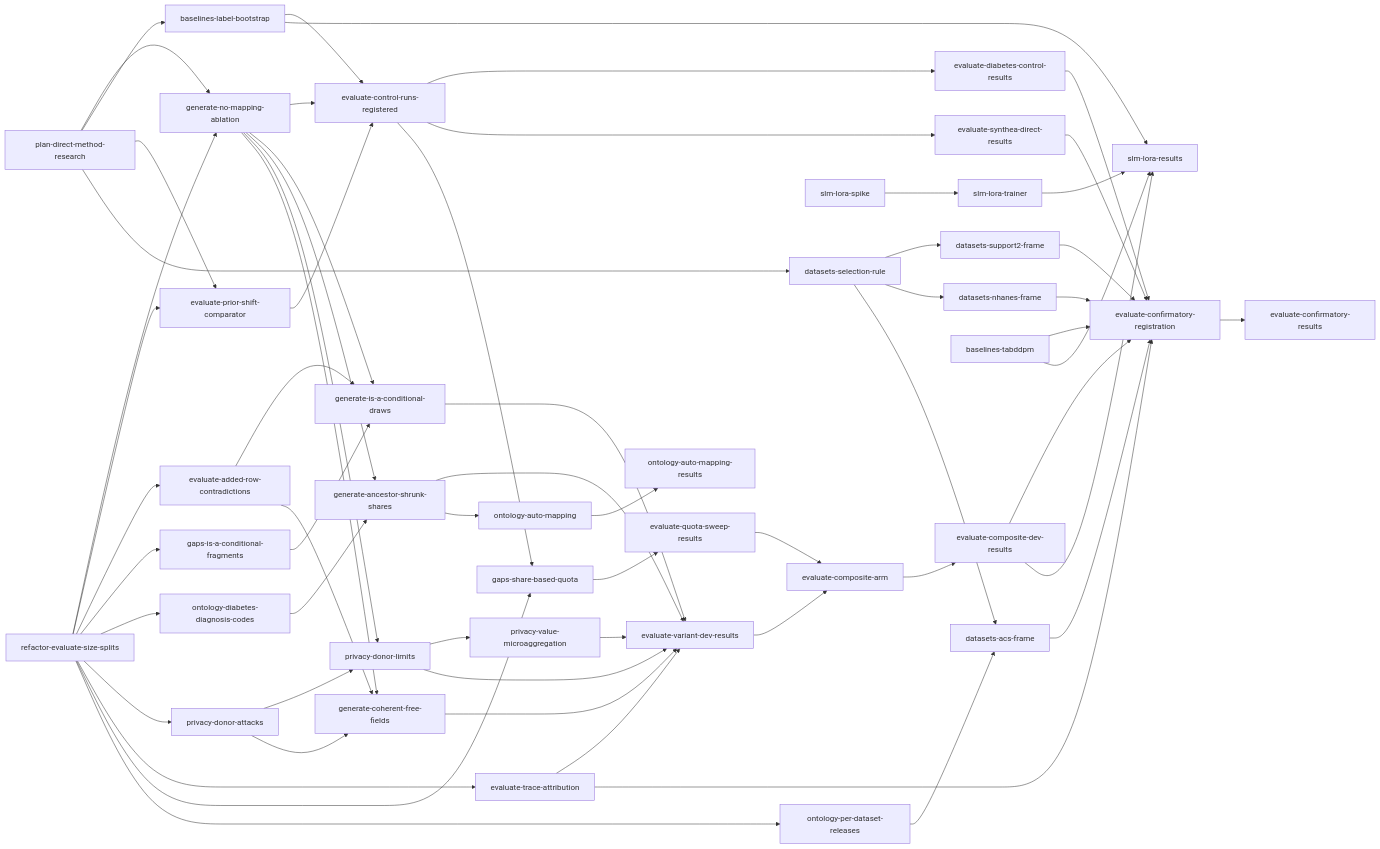
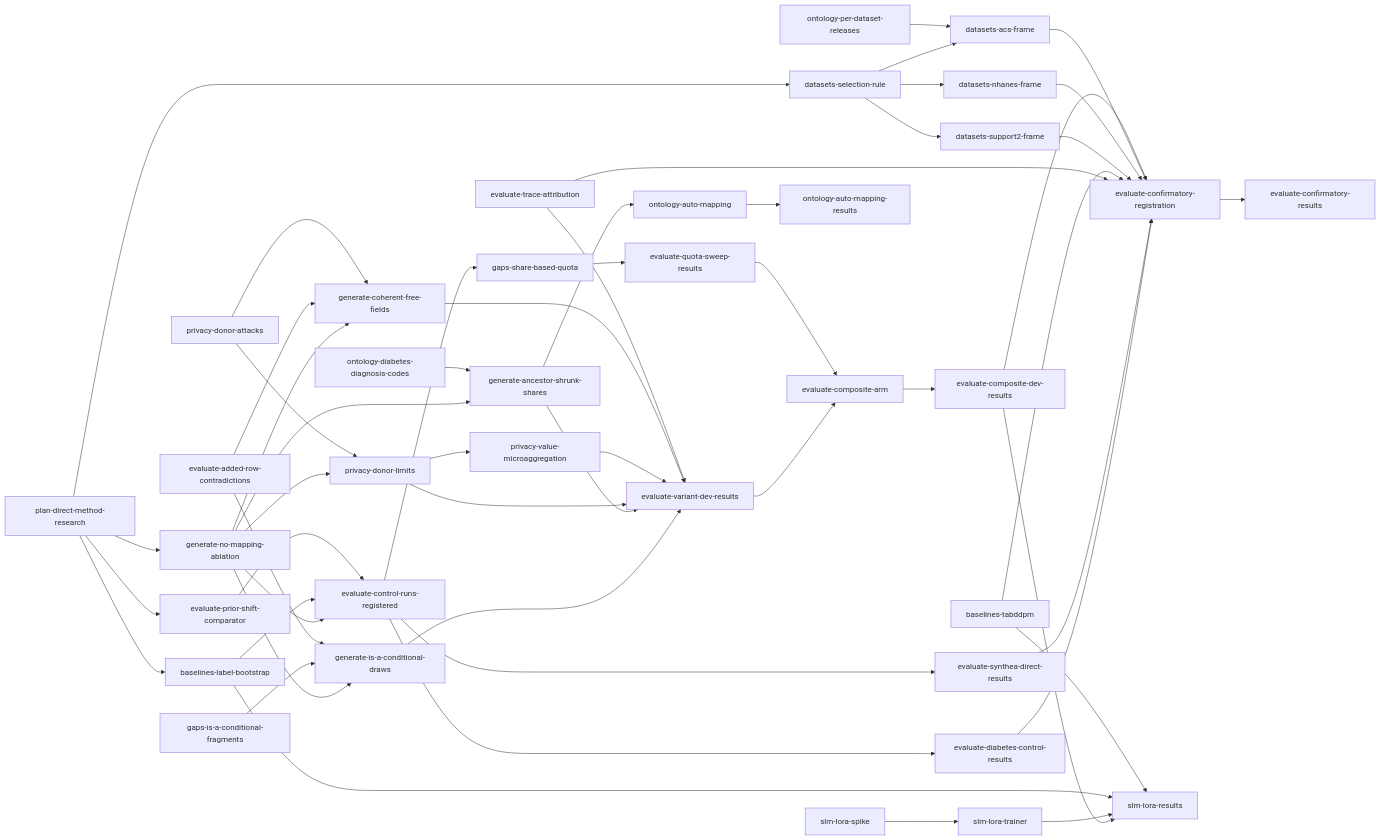
One commit to joe-dartmouth/synthetic changed the diagram in tasks/direct-index.md. Above: the diagram before and after it, drawn with Mermaid. The commit also changed other lines of this file and 37 other files, not shown here.

````diff
--- a/tasks/direct-index.md
+++ b/tasks/direct-index.md
@@ -77,63 +76,54 @@
 ```mermaid
 flowchart LR
     u1[plan-direct-method-research] --> u3[generate-no-mapping-ablation]
-    u2[refactor-evaluate-size-splits] --> u3
     u1 --> u4[baselines-label-bootstrap]
     u1 --> u5[evaluate-prior-shift-comparator]
-    u2 --> u5
     u3 --> u6[evaluate-control-runs-registered]
     u4 --> u6
     u5 --> u6
     u6 --> u7[evaluate-diabetes-control-results]
     u6 --> u8[evaluate-synthea-direct-results]
-    u2 --> u9[evaluate-added-row-contradictions]
-    u2 --> u10[gaps-is-a-conditional-fragments]
     u3 --> u11[generate-is-a-conditional-draws]
-    u10 --> u11
-    u9 --> u11
-    u2 --> u12[ontology-diabetes-diagnosis-codes]
+    u10[gaps-is-a-conditional-fragments] --> u11
+    u9[evaluate-added-row-contradictions] --> u11
     u3 --> u13[generate-ancestor-shrunk-shares]
-    u12 --> u13
-    u2 --> u14[privacy-donor-attacks]
+    u12[ontology-diabetes-diagnosis-codes] --> u13
     u3 --> u15[privacy-donor-limits]
-    u14 --> u15
+    u14[privacy-donor-attacks] --> u15
     u15 --> u16[privacy-value-microaggregation]
     u3 --> u17[generate-coherent-free-fields]
     u9 --> u17
     u14 --> u17
-    u2 --> u18[evaluate-trace-attribution]
     u11 --> u19[evaluate-variant-dev-results]
     u13 --> u19
     u15 --> u19
     u16 --> u19
     u17 --> u19
-    u18 --> u19
-    u2 --> u20[gaps-share-based-quota]
-    u6 --> u20
+    u18[evaluate-trace-attribution] --> u19
+    u6 --> u20[gaps-share-based-quota]
     u20 --> u21[evaluate-quota-sweep-results]
     u1 --> u23[datasets-selection-rule]
-    u2 --> u24[ontology-per-dataset-releases]
     u23 --> u25[datasets-support2-frame]
     u23 --> u26[datasets-nhanes-frame]
     u23 --> u27[datasets-acs-frame]
-    u24 --> u27
+    u24[ontology-per-dataset-releases] --> u27
     u19 --> u28[evaluate-composite-arm]
     u21 --> u28
     u28 --> u29[evaluate-composite-dev-results]
     u7 --> u30[evaluate-confirmatory-registration]
     u8 --> u30
     u18 --> u30
     u22[baselines-tabddpm] --> u30
     u25 --> u30
     u26 --> u30
     u27 --> u30
     u29 --> u30
     u30 --> u31[evaluate-confirmatory-results]
     u13 --> u32[ontology-auto-mapping]
     u32 --> u33[ontology-auto-mapping-results]
     u34[slm-lora-spike] --> u35[slm-lora-trainer]
     u29 --> u36[slm-lora-results]
     u35 --> u36
     u4 --> u36
     u22 --> u36
 ```
````
